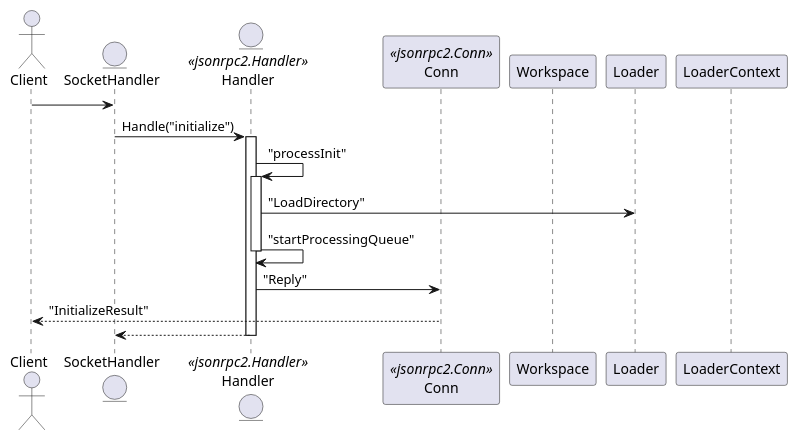
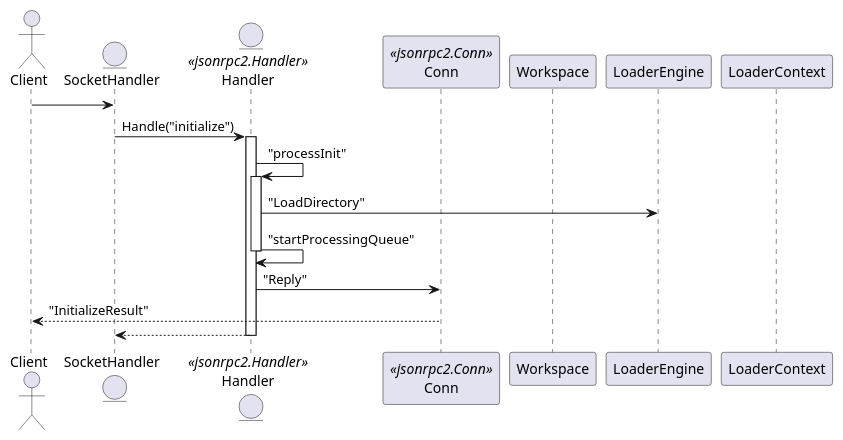
The diagram in diagrams/client_connect.wsd (object88/langd), drawn with PlantUML before and after one commit. The commit also changed 3 other files, not shown here.

Commit message:
Documentation updates for LoaderEngine

```diff
--- a/diagrams/client_connect.wsd
+++ b/diagrams/client_connect.wsd
@@ -1,35 +1,35 @@
 @startuml Client initialization
 
 actor Client
 entity SocketHandler
 entity Handler << jsonrpc2.Handler >>
 participant Conn << jsonrpc2.Conn >>
 participant Workspace
-participant Loader
+participant LoaderEngine
 participant LoaderContext
 
 Client -> SocketHandler : 
 
 SocketHandler -> Handler : Handle("initialize")
 
 activate Handler
 
 Handler -> Handler : "processInit"
 
 activate Handler
 
-Handler -> Loader : "LoadDirectory"
+Handler -> LoaderEngine : "LoadDirectory"
 
 Handler -> Handler : "startProcessingQueue"
 
 deactivate Handler
 
 Handler -> Conn : "Reply"
 
 Conn --> Client : "InitializeResult"
 
 Handler --> SocketHandler
 
 deactivate Handler
 
 @enduml
```
